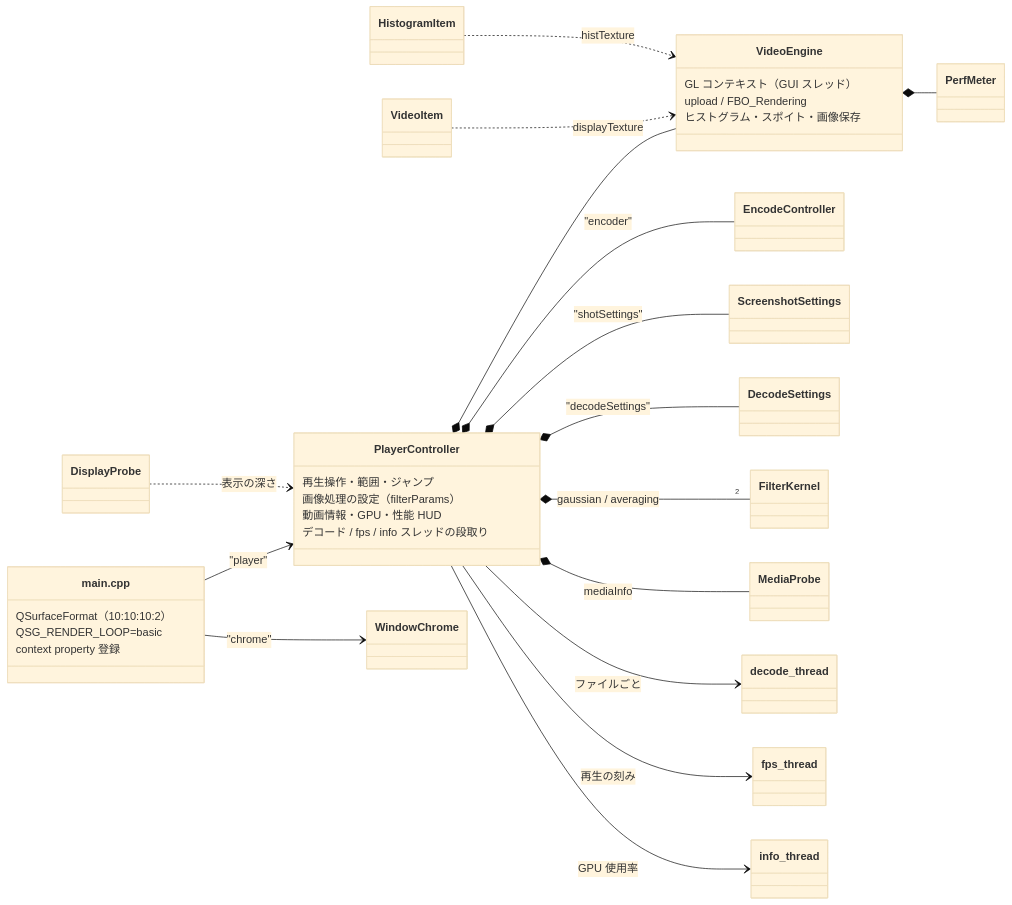
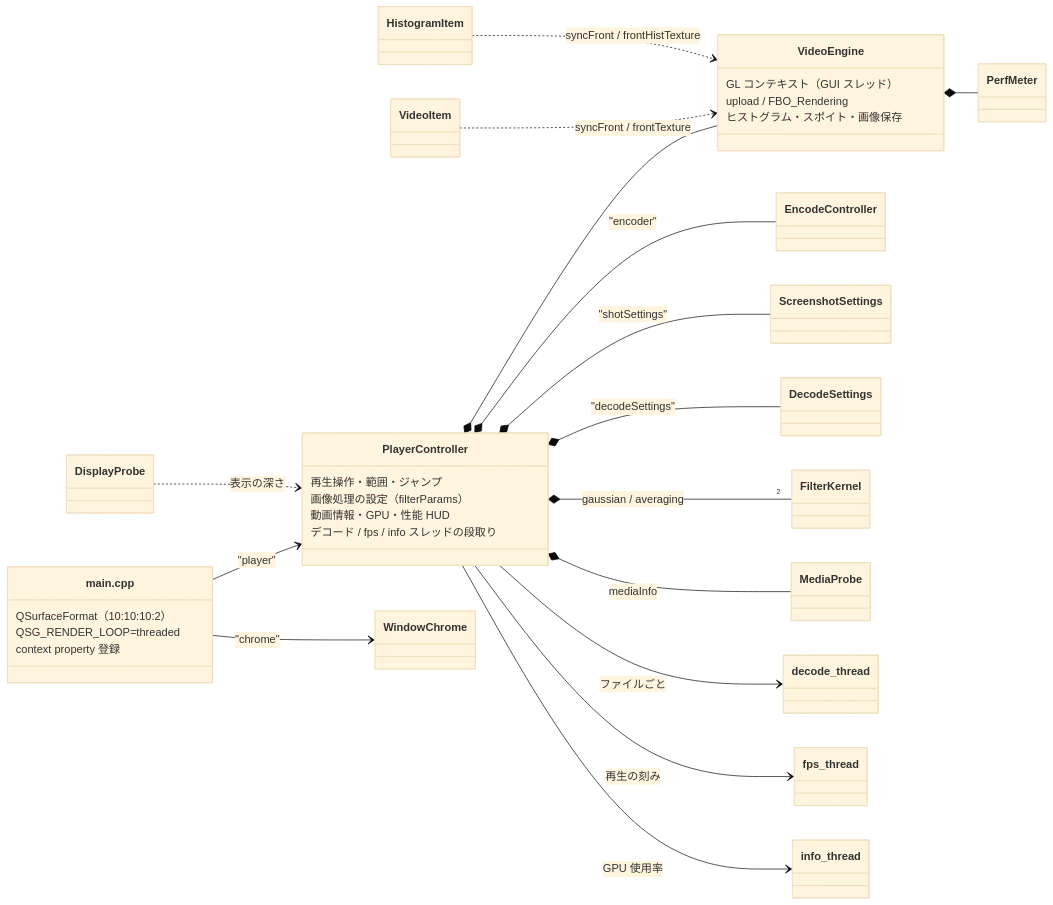
The first of 2 diagrams in project/docs/QML_UI_CORE.md (8KNewEra/cuda_interop), drawn with Mermaid (base theme) before and after one commit. The commit also changed other lines of this file and 9 other files, not shown here.

````diff
--- a/project/docs/QML_UI_CORE.md
+++ b/project/docs/QML_UI_CORE.md
@@ -39,49 +39,49 @@
 ```mermaid
 classDiagram
     direction LR
     class main_cpp["main.cpp"] {
         QSurfaceFormat（10:10:10:2）
-        QSG_RENDER_LOOP=basic
+        QSG_RENDER_LOOP=threaded
         context property 登録
     }
     class PlayerController {
         再生操作・範囲・ジャンプ
         画像処理の設定（filterParams）
         動画情報・GPU・性能 HUD
         デコード / fps / info スレッドの段取り
     }
     class VideoEngine {
         GL コンテキスト（GUI スレッド）
         upload / FBO_Rendering
         ヒストグラム・スポイト・画像保存
     }
     class VideoItem
     class HistogramItem
     class EncodeController
     class ScreenshotSettings
     class DecodeSettings
     class FilterKernel
     class MediaProbe
     class PerfMeter
     class WindowChrome
     class DisplayProbe
     class decode_thread
     class fps_thread
     class info_thread
 
     main_cpp --> PlayerController : "player"
     main_cpp --> WindowChrome : "chrome"
     PlayerController *-- VideoEngine
     PlayerController *-- EncodeController : "encoder"
     PlayerController *-- ScreenshotSettings : "shotSettings"
     PlayerController *-- DecodeSettings : "decodeSettings"
     PlayerController *-- "2" FilterKernel : gaussian / averaging
     PlayerController *-- MediaProbe : mediaInfo
     PlayerController --> decode_thread : ファイルごと
     PlayerController --> fps_thread : 再生の刻み
     PlayerController --> info_thread : GPU 使用率
     VideoEngine *-- PerfMeter
-    VideoItem ..> VideoEngine : displayTexture
-    HistogramItem ..> VideoEngine : histTexture
+    VideoItem ..> VideoEngine : syncFront / frontTexture
+    HistogramItem ..> VideoEngine : syncFront / frontHistTexture
     DisplayProbe ..> PlayerController : 表示の深さ
 ```
````
